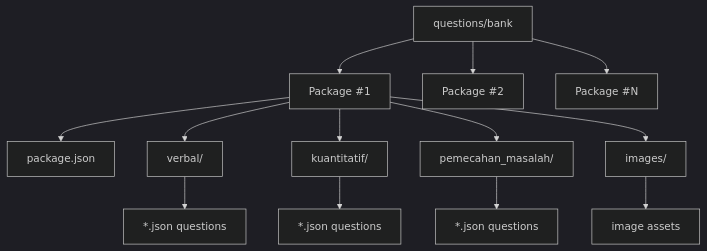
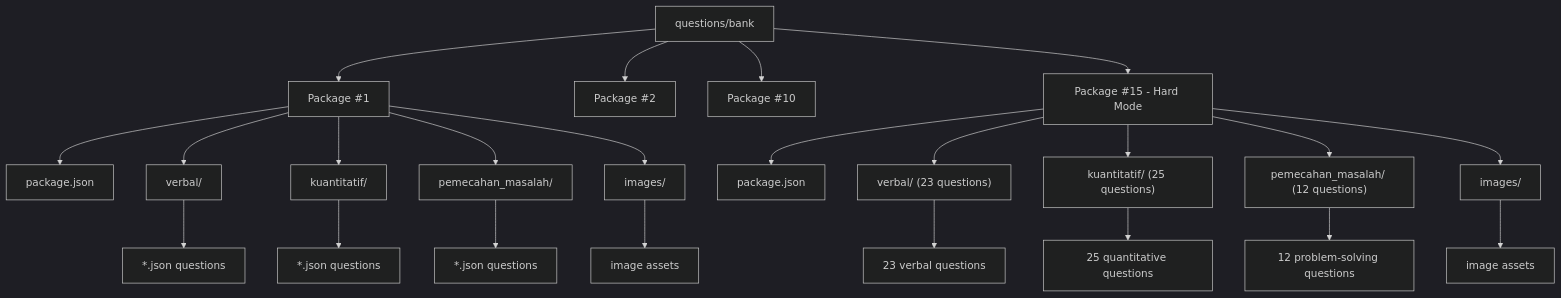
The first of 5 diagrams in .qoder/repowiki/en/content/Question Bank System/Package Organization and Structure.md (muhammadhabibullah/tbs-lpdp), drawn with Mermaid (dark theme) before and after one commit. The commit also changed other lines of this file and 35 other files, not shown here.

````diff
--- a/.qoder/repowiki/en/content/Question Bank System/Package Organization and Structure.md
+++ b/.qoder/repowiki/en/content/Question Bank System/Package Organization and Structure.md
@@ -40,15 +54,25 @@
 ```mermaid
 graph TB
 Bank["questions/bank"] --> Pkg1["Package #1"]
 Bank --> Pkg2["Package #2"]
-Bank --> PkgN["Package #N"]
+Bank --> Pkg10["Package #10"]
+Bank --> Pkg15["Package #15 - Hard Mode"]
 Pkg1 --> M1["package.json"]
 Pkg1 --> V1["verbal/"]
 Pkg1 --> K1["kuantitatif/"]
 Pkg1 --> PM1["pemecahan_masalah/"]
 Pkg1 --> I1["images/"]
+Pkg15 --> M15["package.json"]
+Pkg15 --> V15["verbal/ (23 questions)"]
+Pkg15 --> K15["kuantitatif/ (25 questions)"]
+Pkg15 --> PM15["pemecahan_masalah/ (12 questions)"]
+Pkg15 --> I15["images/"]
 V1 --> QV["*.json questions"]
 K1 --> QK["*.json questions"]
 PM1 --> QPM["*.json questions"]
 I1 --> IMG["image assets"]
+V15 --> QV15["23 verbal questions"]
+K15 --> QK15["25 quantitative questions"]
+PM15 --> QPM15["12 problem-solving questions"]
+I15 --> IMG15["image assets"]
 ```
````
